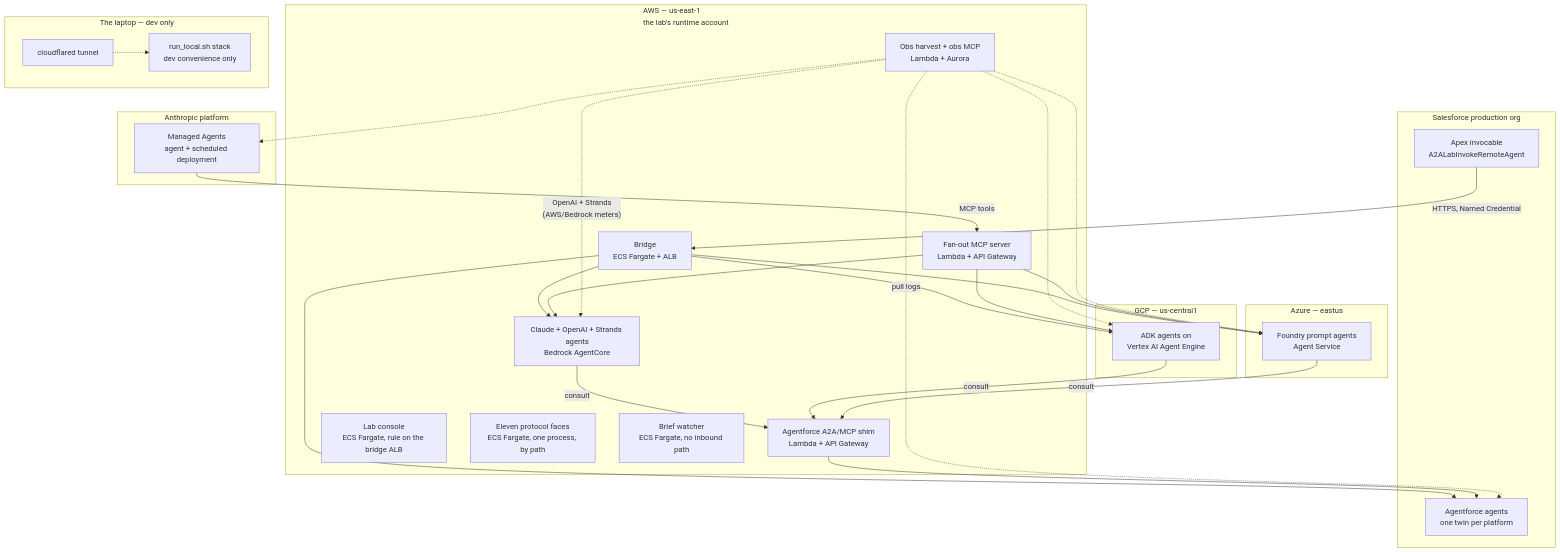
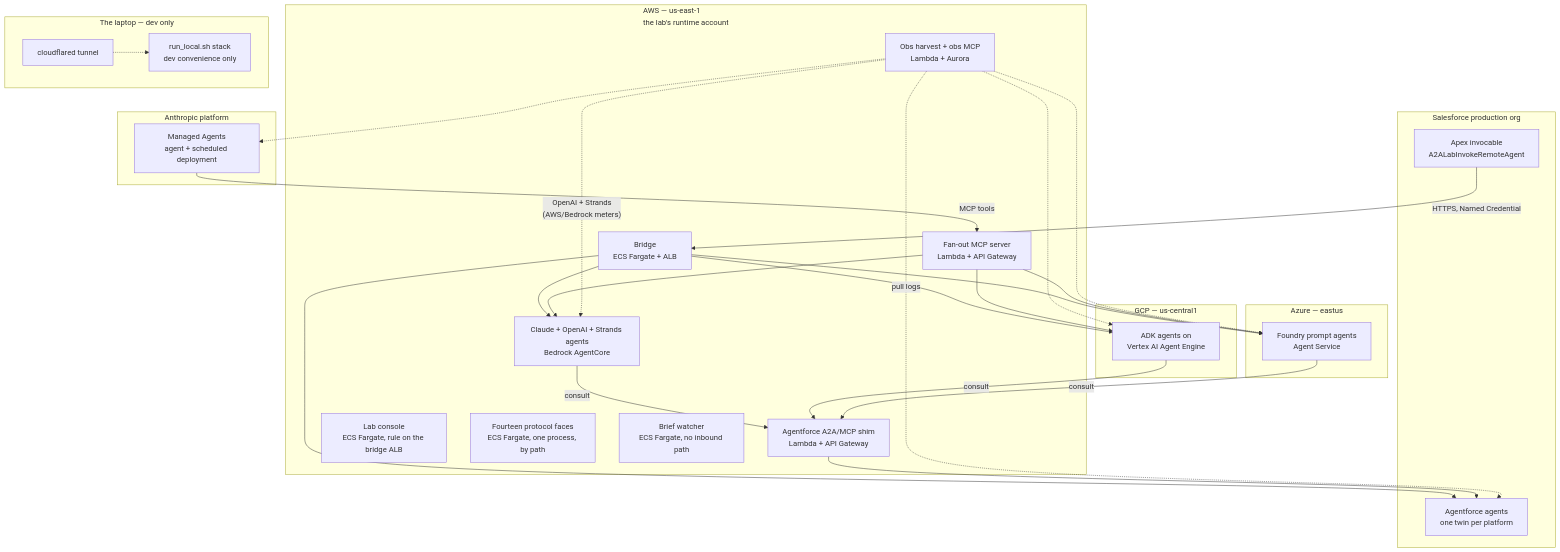
Before and after one commit to congmingwudi/a2a-lab: the second of 10 diagrams in plan/09-deployment-map.md, drawn with Mermaid. The commit also changed other lines of this file and 13 other files, not shown here.

Commit message:
WS16/insights: refresh insights, diagrams, deployment map, and console copy

````diff
--- a/plan/09-deployment-map.md
+++ b/plan/09-deployment-map.md
@@ -135,55 +135,55 @@
 ```mermaid
 flowchart TB
   subgraph SF["Salesforce production org"]
     AF["Agentforce agents<br/>one twin per platform"]
     APEX["Apex invocable<br/>A2ALabInvokeRemoteAgent"]
   end
 
   subgraph AWS["AWS — us-east-1<br/>the lab's runtime account"]
     BRIDGE["Bridge<br/>ECS Fargate + ALB"]
     RUNTIMES["Claude + OpenAI + Strands agents<br/>Bedrock AgentCore"]
     SHIM["Agentforce A2A/MCP shim<br/>Lambda + API Gateway"]
     FANOUT["Fan-out MCP server<br/>Lambda + API Gateway"]
     OBS["Obs harvest + obs MCP<br/>Lambda + Aurora"]
     CONSOLE["Lab console<br/>ECS Fargate, rule on the bridge ALB"]
-    FACES["Eleven protocol faces<br/>ECS Fargate, one process, by path"]
+    FACES["Fourteen protocol faces<br/>ECS Fargate, one process, by path"]
     WATCH["Brief watcher<br/>ECS Fargate, no inbound path"]
   end
 
   subgraph GCP["GCP — us-central1"]
     ADK["ADK agents on<br/>Vertex AI Agent Engine"]
   end
 
   subgraph AZ["Azure — eastus"]
     FOUNDRY["Foundry prompt agents<br/>Agent Service"]
   end
 
   subgraph ANT["Anthropic platform"]
     CMA["Managed Agents<br/>agent + scheduled deployment"]
   end
 
   subgraph LAP["The laptop — dev only"]
     LOCAL["run_local.sh stack<br/>dev convenience only"]
     TUNNEL["cloudflared tunnel"]
   end
 
   APEX -->|"HTTPS, Named Credential"| BRIDGE
   BRIDGE --> RUNTIMES
   BRIDGE --> ADK
   BRIDGE --> FOUNDRY
   BRIDGE --> AF
   RUNTIMES -->|"consult"| SHIM
   ADK -->|"consult"| SHIM
   FOUNDRY -->|"consult"| SHIM
   CMA -->|"MCP tools"| FANOUT
   SHIM --> AF
   FANOUT --> ADK
   FANOUT --> FOUNDRY
   FANOUT --> RUNTIMES
   OBS -.->|"pull logs"| AF
   OBS -.-> CMA
   OBS -.-> ADK
   OBS -.-> FOUNDRY
   OBS -.->|"OpenAI + Strands<br/>(AWS/Bedrock meters)"| RUNTIMES
   TUNNEL -.-> LOCAL
 ```
````
